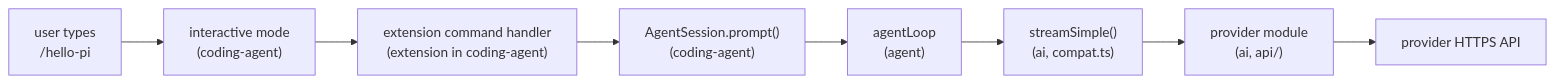
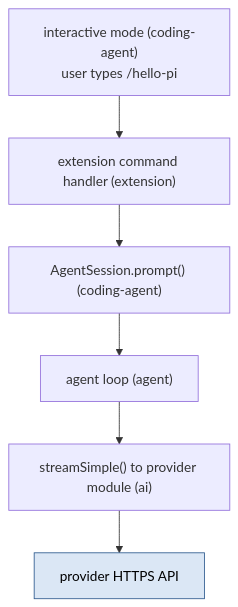
Before and after one commit to lukechen526/pi: the second of 4 diagrams in developer-guide/22-architecture-for-extensions.qmd, drawn with Mermaid. The commit also changed 3 other files, not shown here.

First line of the commit message:
docs(developer-guide): redesign diagrams in sessions and lifecycle chapters

````diff
--- a/developer-guide/22-architecture-for-extensions.qmd
+++ b/developer-guide/22-architecture-for-extensions.qmd
@@ -81,12 +81,13 @@
 ```{mermaid}
 %%| label: fig-hello-pi-trace
 %%| fig-cap: "The /hello-pi trace. Each arrow crosses a package boundary; only the last one leaves the process."
-flowchart LR
-  U["user types<br/>/hello-pi"] --> IM["interactive mode<br/>(coding-agent)"]
-  IM --> CMD["extension command handler<br/>(extension in coding-agent)"]
-  CMD --> SES["AgentSession.prompt()<br/>(coding-agent)"]
-  SES --> LOOP["agentLoop<br/>(agent)"]
-  LOOP --> SS["streamSimple()<br/>(ai, compat.ts)"]
-  SS --> API["provider module<br/>(ai, api/)"]
-  API --> HTTP["provider HTTPS API"]
+flowchart TD
+  IM["interactive mode (coding-agent)<br/>user types /hello-pi"]
+  CMD["extension command handler (extension)"]
+  SES["AgentSession.prompt() (coding-agent)"]
+  LOOP["agent loop (agent)"]
+  SS["streamSimple() to provider module (ai)"]
+  HTTP["provider HTTPS API"]:::prov
+  IM --> CMD --> SES --> LOOP --> SS --> HTTP
+  classDef prov fill:#dbe7f5,stroke:#2f5b8f,color:#000000
 ```
````
